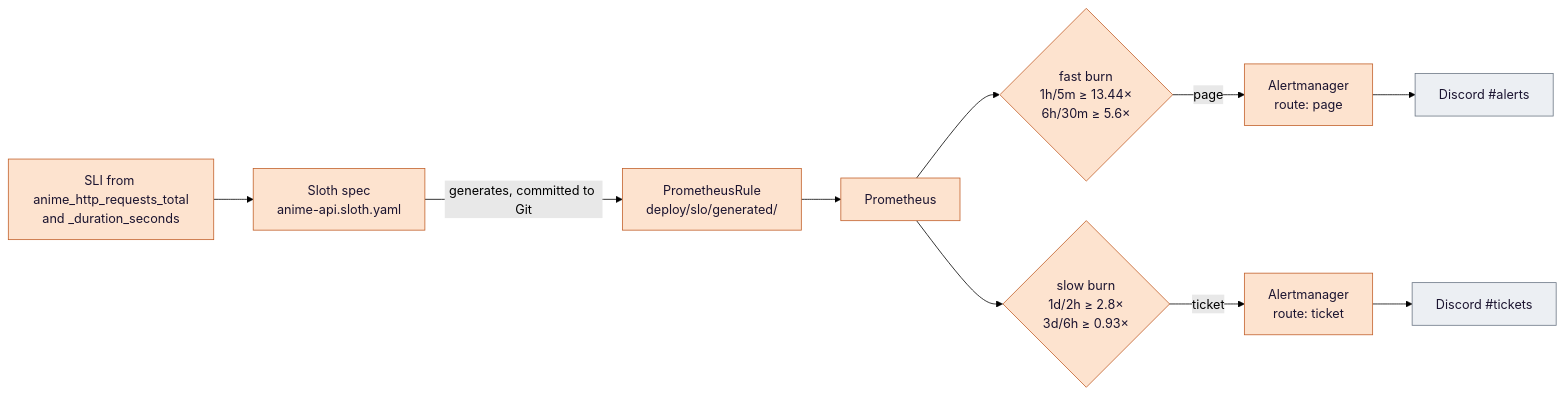
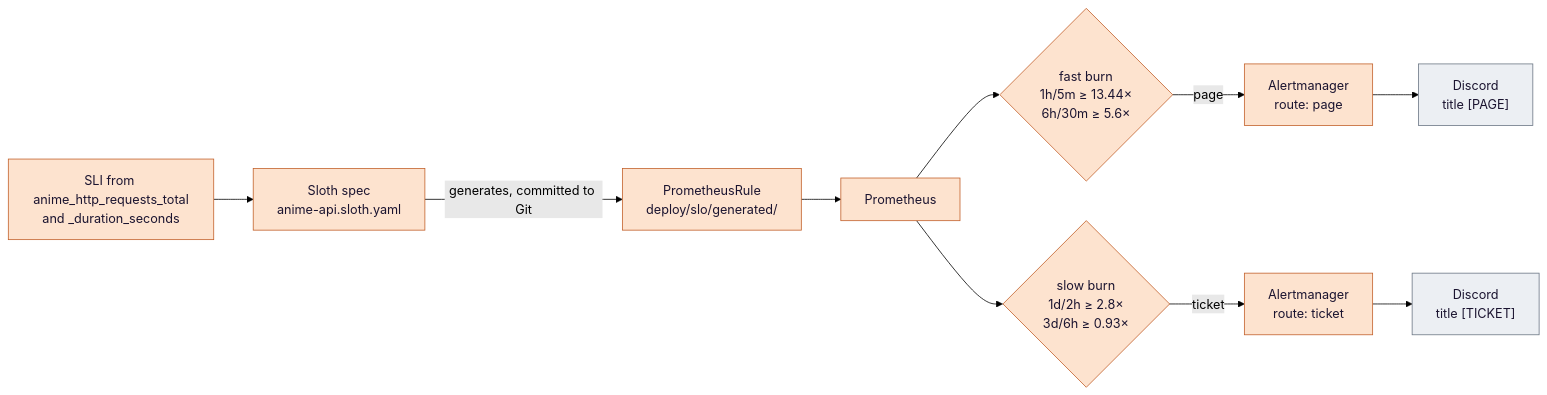
One commit to biabeogo147/Anime-Recommender changed the fourth of 8 diagrams in docs/eks-sre-llmops-design.md. Above: the diagram before and after it, drawn with Mermaid (forest theme). The commit also changed other lines of this file and 14 other files, not shown here.

````diff
--- a/docs/eks-sre-llmops-design.md
+++ b/docs/eks-sre-llmops-design.md
@@ -561,17 +562,17 @@
 ```mermaid
 flowchart LR
     SLI["SLI from anime_http_requests_total<br/>and _duration_seconds"] --> SLOTH["Sloth spec<br/>anime-api.sloth.yaml"]
     SLOTH -->|"generates, committed to Git"| RULES["PrometheusRule<br/>deploy/slo/generated/"]
     RULES --> PROM["Prometheus"]
     PROM --> FAST{"fast burn<br/>1h/5m ≥ 13.44×<br/>6h/30m ≥ 5.6×"}
     PROM --> SLOW{"slow burn<br/>1d/2h ≥ 2.8×<br/>3d/6h ≥ 0.93×"}
     FAST -->|"page"| AMP["Alertmanager<br/>route: page"]
     SLOW -->|"ticket"| AMT["Alertmanager<br/>route: ticket"]
-    AMP --> DIS1["Discord #alerts"]
-    AMT --> DIS2["Discord #tickets"]
+    AMP --> DIS1["Discord<br/>title [PAGE]"]
+    AMT --> DIS2["Discord<br/>title [TICKET]"]
 
     classDef argo fill:#fde3cf,stroke:#c2602a,color:#1b1430;
     classDef ext fill:#eceff3,stroke:#6b7684,color:#1b1430;
     class SLI,SLOTH,RULES,PROM,FAST,SLOW,AMP,AMT argo
     class DIS1,DIS2 ext
 ```
````
